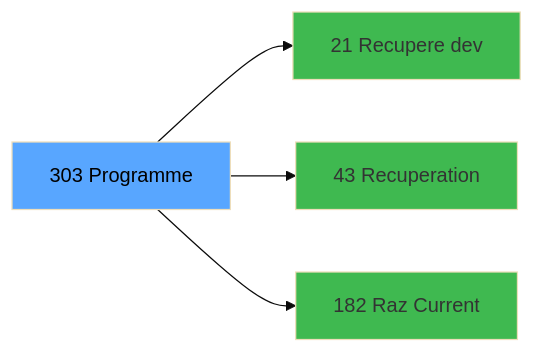
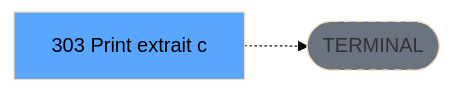
The third of 3 diagrams in .openspec/specs/ADH-IDE-303.md (thonyAGP/lecteur-magic), drawn with Mermaid (base theme) before and after one commit. The commit also changed other lines of this file and 701 other files, not shown here.

````diff
--- a/.openspec/specs/ADH-IDE-303.md
+++ b/.openspec/specs/ADH-IDE-303.md
@@ -132,14 +137,8 @@
 ```mermaid
 graph LR
-    T[303 Programme]
-    C21[21 Recupere dev]
-    T --> C21
-    C43[43 Recuperation]
-    T --> C43
-    C182[182 Raz Current ]
-    T --> C182
+    T[303 Print extrait c]
+    TERM([TERMINAL])
+    T -.-> TERM
+    style TERM fill:#6b7280,stroke-dasharray: 5 5
     style T fill:#58a6ff,color:#000
-    style C21 fill:#3fb950
-    style C43 fill:#3fb950
-    style C182 fill:#3fb950
 ```
````
